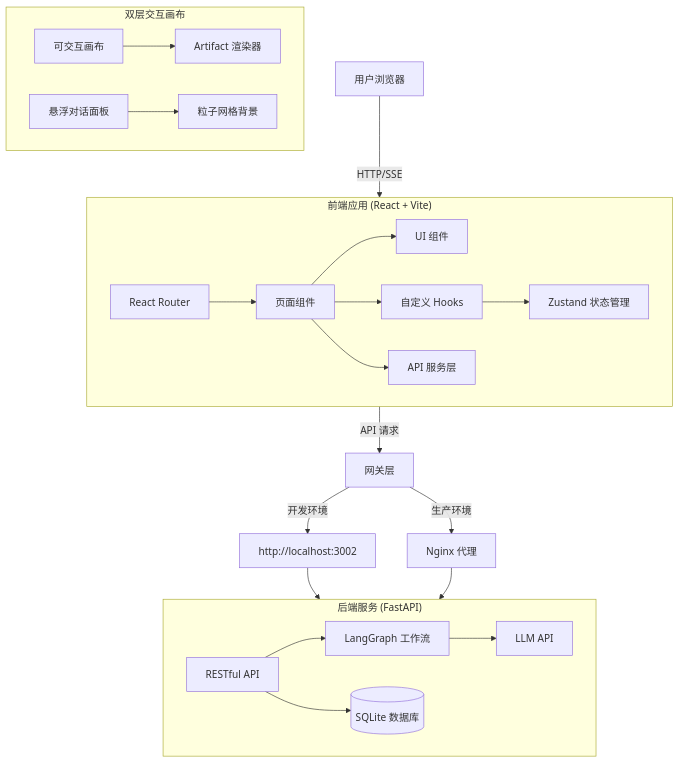
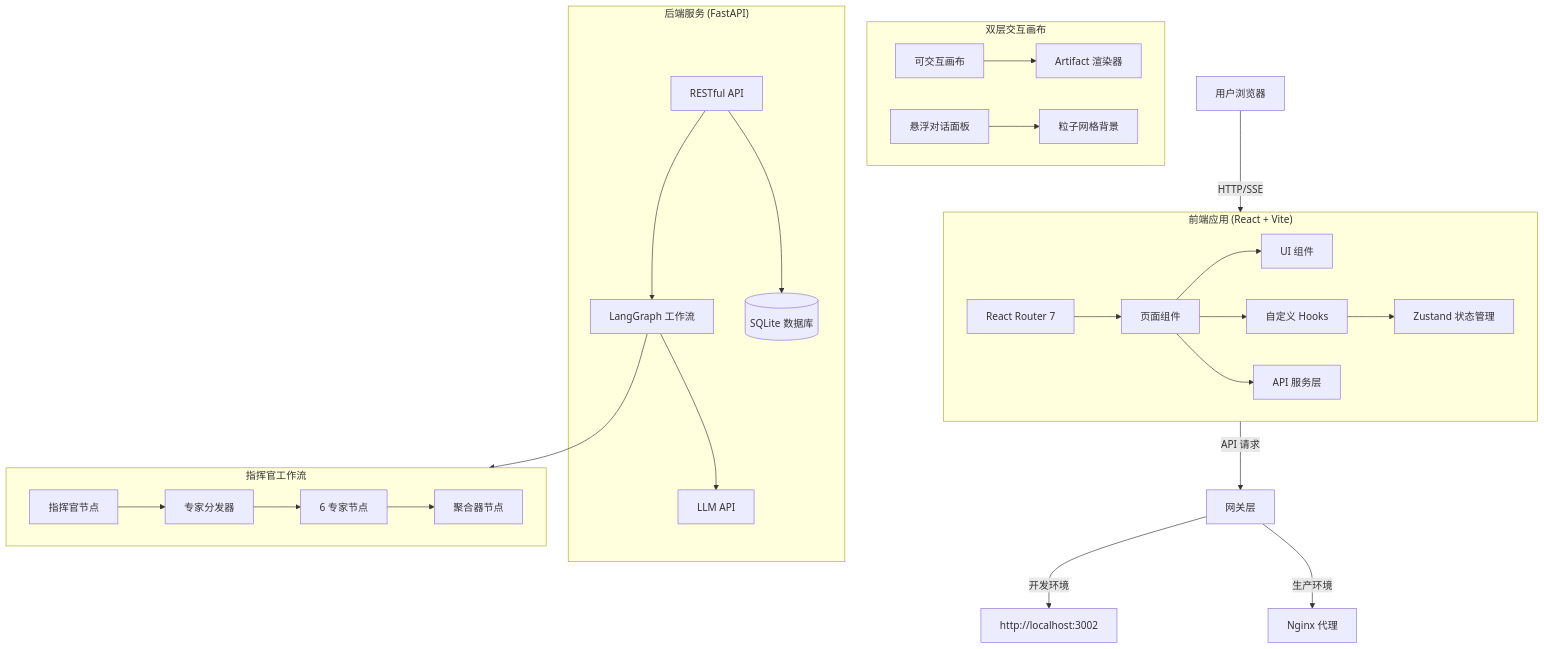
Before and after one commit to alex1987chn/xpouch-ai: the diagram in README.md, drawn with Mermaid. The commit also changed other lines of this file and 42 other files, not shown here.

````diff
--- a/README.md
+++ b/README.md
@@ -110,47 +129,57 @@
 ```mermaid
 graph TD
     User[用户浏览器] -->|HTTP/SSE| Frontend[React 前端]
 
     subgraph Frontend["前端应用 (React + Vite)"]
-        Router[React Router]
+        Router[React Router 7]
         Pages[页面组件]
         Components[UI 组件]
         Store[Zustand 状态管理]
         Hooks[自定义 Hooks]
         Services[API 服务层]
 
         Router --> Pages
         Pages --> Components
         Pages --> Hooks
         Hooks --> Store
         Pages --> Services
     end
 
     subgraph InteractiveCanvas["双层交互画布"]
         Canvas[可交互画布]
         Panel[悬浮对话面板]
         Renderer[Artifact 渲染器]
         Particle[粒子网格背景]
 
         Canvas --> Renderer
         Panel --> Particle
     end
 
     Frontend -->|API 请求| Gateway[网关层]
     Gateway -->|开发环境| BackendDev[http://localhost:3002]
     Gateway -->|生产环境| BackendProd[Nginx 代理]
 
     subgraph Backend["后端服务 (FastAPI)"]
         API[RESTful API]
         Graph[LangGraph 工作流]
         DB[(SQLite 数据库)]
         LLM[LLM API]
 
         API --> Graph
         API --> DB
         Graph --> LLM
     end
 
-    BackendDev --> Backend
-    BackendProd --> Backend
+    subgraph CommanderWorkflow["指挥官工作流"]
+        Commander[指挥官节点]
+        Dispatcher[专家分发器]
+        Aggregator[聚合器节点]
+        Experts[6 专家节点]
+
+        Commander --> Dispatcher
+        Dispatcher --> Experts
+        Experts --> Aggregator
+    end
+
+    Graph --> CommanderWorkflow
 ```
````
